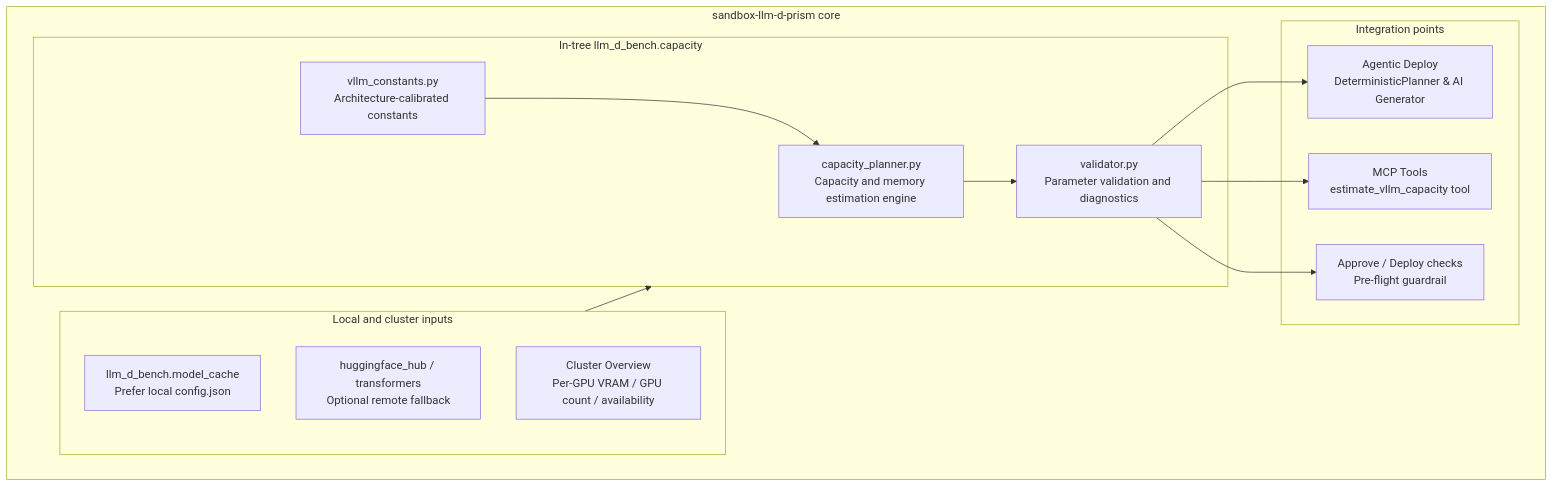
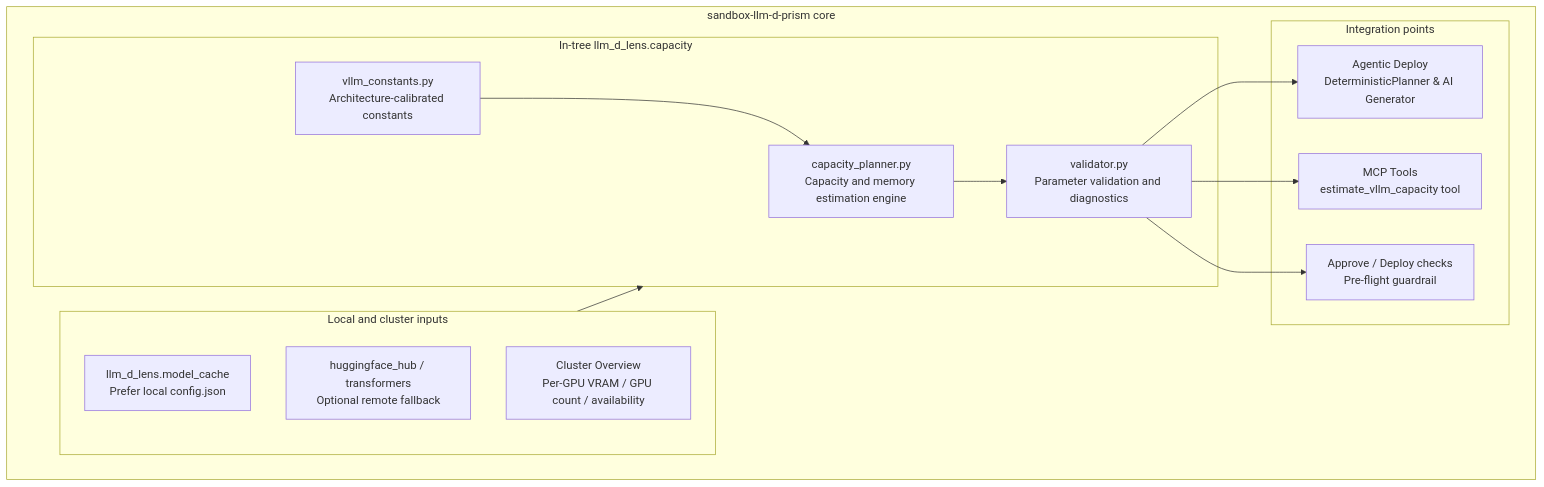
Before and after one commit to WenjiaoYue/llm-d-lens: the diagram in docs/design/capacity-planner-integration-design.md, drawn with Mermaid. The commit also changed other lines of this file and 1886 other files, not shown here.

````diff
--- a/docs/design/capacity-planner-integration-design.md
+++ b/docs/design/capacity-planner-integration-design.md
@@ -19,29 +19,29 @@
 ```mermaid
 flowchart TD
     subgraph PrismCore [sandbox-llm-d-prism core]
-        subgraph CapacityModule [In-tree llm_d_bench.capacity]
+        subgraph CapacityModule [In-tree llm_d_lens.capacity]
             CP[capacity_planner.py<br/>Capacity and memory estimation engine]
             CONST[vllm_constants.py<br/>Architecture-calibrated constants]
             VAL[validator.py<br/>Parameter validation and diagnostics]
         end
 
         subgraph LocalInputs [Local and cluster inputs]
-            MC[llm_d_bench.model_cache<br/>Prefer local config.json]
+            MC[llm_d_lens.model_cache<br/>Prefer local config.json]
             HF[huggingface_hub / transformers<br/>Optional remote fallback]
             CL[Cluster Overview<br/>Per-GPU VRAM / GPU count / availability]
         end
 
         subgraph IntegrationPoints [Integration points]
             AG[Agentic Deploy<br/>DeterministicPlanner & AI Generator]
             MCP[MCP Tools<br/>estimate_vllm_capacity tool]
             AP[Approve / Deploy checks<br/>Pre-flight guardrail]
         end
     end
 
     LocalInputs --> CapacityModule
     CONST --> CP
     CP --> VAL
     VAL --> AG
     VAL --> MCP
     VAL --> AP
 ```
````
